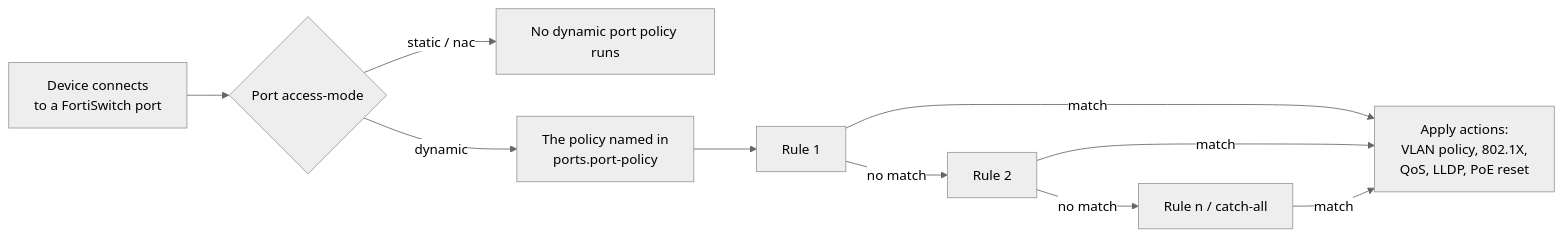
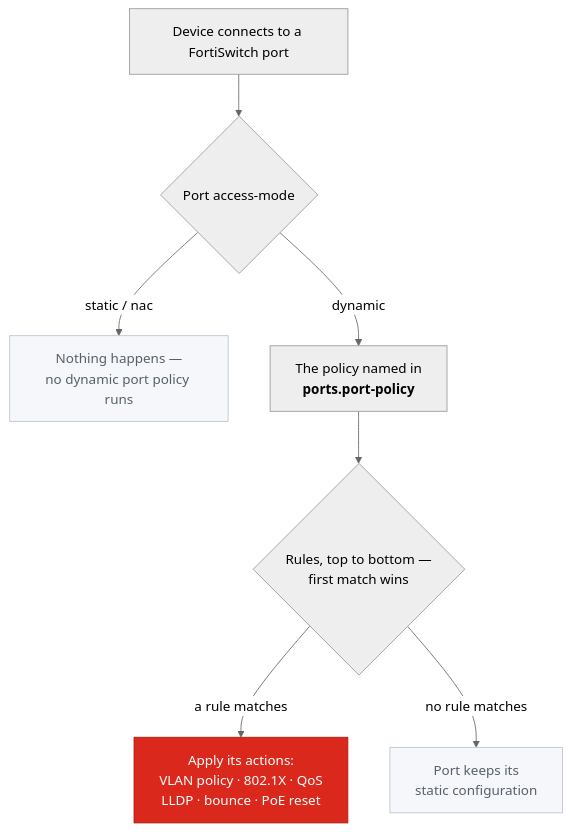
The diagram in README.md (xozy22/FortiLinkNACSuite), drawn with Mermaid (neutral theme) before and after one commit.

Commit message:
Make the NAC flow diagram readable at default zoom
The left-to-right chain rendered too small and wide on GitHub. Vertical layout
with the rule chain collapsed into a single decision node fits the column and
still shows the three things that actually decide whether a policy runs.

````diff
--- a/README.md
+++ b/README.md
@@ -103,12 +103,13 @@
 ```mermaid
-flowchart LR
-  A[Device connects<br/>to a FortiSwitch port] --> B{Port access-mode}
-  B -- static / nac --> Z[No dynamic port policy runs]
-  B -- dynamic --> C[The policy named in<br/>ports.port-policy]
-  C --> D[Rule 1]
-  D -- no match --> E[Rule 2]
-  E -- no match --> F[Rule n / catch-all]
-  D -- match --> G[Apply actions:<br/>VLAN policy, 802.1X,<br/>QoS, LLDP, PoE reset]
-  E -- match --> G
-  F -- match --> G
+flowchart TD
+  A["Device connects to a FortiSwitch port"] --> B{"Port access-mode"}
+  B -- "static / nac" --> Z["Nothing happens —<br/>no dynamic port policy runs"]
+  B -- "dynamic" --> C["The policy named in<br/><b>ports.port-policy</b>"]
+  C --> D{"Rules, top to bottom —<br/>first match wins"}
+  D -- "a rule matches" --> G["Apply its actions:<br/>VLAN policy · 802.1X · QoS<br/>LLDP · bounce · PoE reset"]
+  D -- "no rule matches" --> Y["Port keeps its<br/>static configuration"]
+
+  style G fill:#da291c,stroke:#a81d12,color:#fff
+  style Z fill:#f5f7fa,stroke:#b9c3d1,color:#57606a
+  style Y fill:#f5f7fa,stroke:#b9c3d1,color:#57606a
 ```
````
